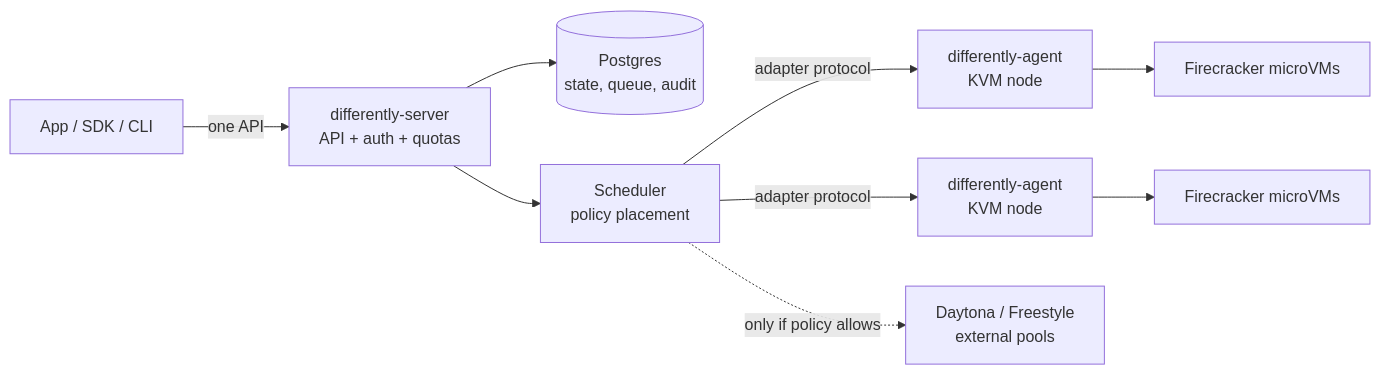
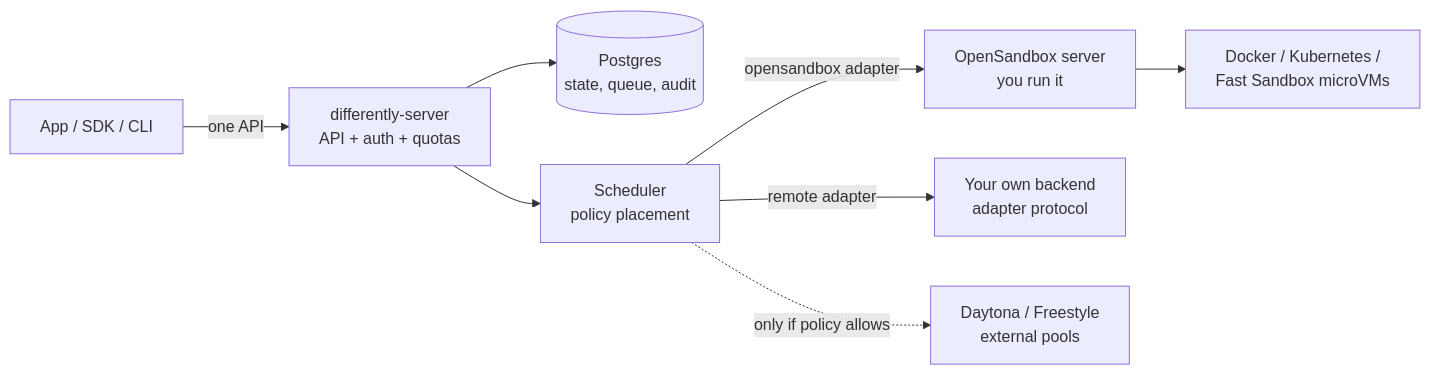
One commit to different-ai/differently changed the diagram in README.md. Above: the diagram before and after it, drawn with Mermaid. The commit also changed other lines of this file and 136 other files, not shown here.

````diff
--- a/README.md
+++ b/README.md
@@ -52,11 +57,10 @@
 ```mermaid
 flowchart LR
   app[App / SDK / CLI] -->|one API| api[differently-server<br/>API + auth + quotas]
   api --> pg[(Postgres<br/>state, queue, audit)]
   api --> sched[Scheduler<br/>policy placement]
-  sched -->|adapter protocol| agent1[differently-agent<br/>KVM node]
-  sched -->|adapter protocol| agent2[differently-agent<br/>KVM node]
-  agent1 --> vm1[Firecracker microVMs]
-  agent2 --> vm2[Firecracker microVMs]
+  sched -->|opensandbox adapter| osb[OpenSandbox server<br/>you run it]
+  osb --> rt[Docker / Kubernetes /<br/>Fast Sandbox microVMs]
+  sched -->|remote adapter| plugin[Your own backend<br/>adapter protocol]
   sched -.->|only if policy allows| ext[Daytona / Freestyle<br/>external pools]
 ```
````
